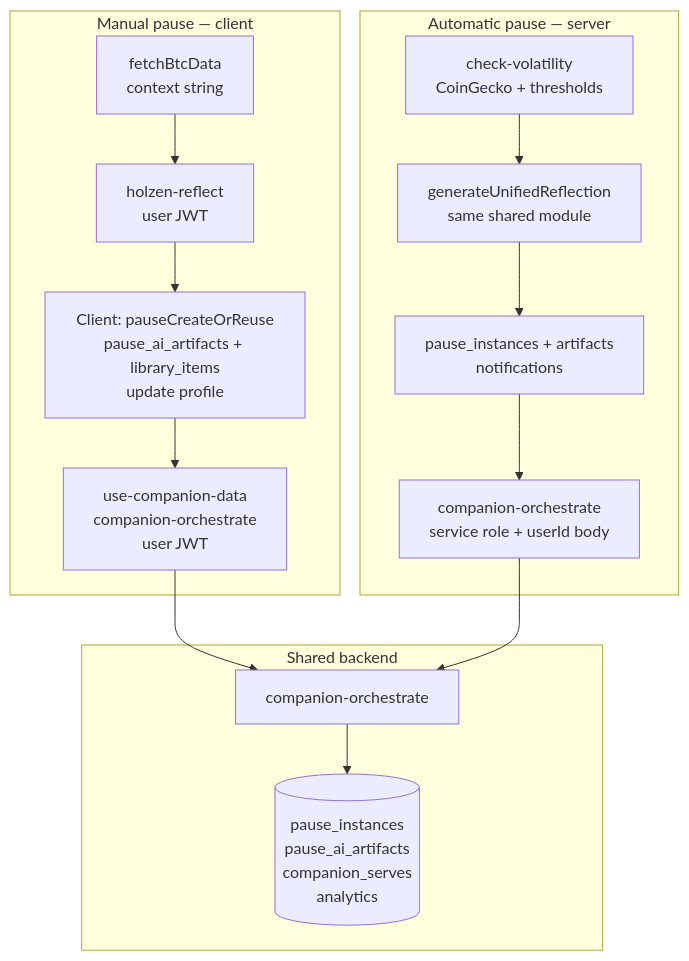
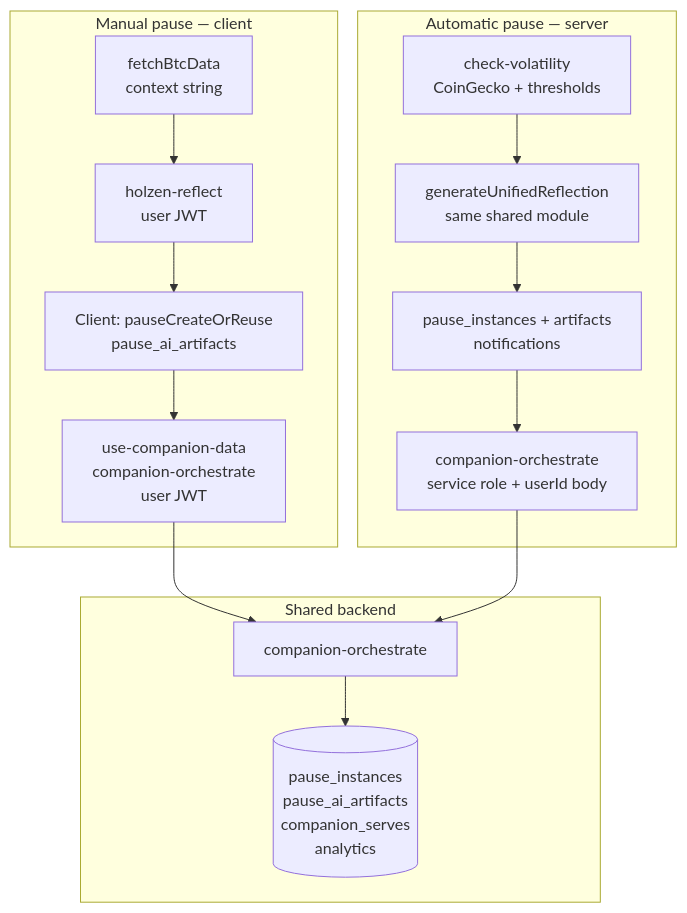
The second of 5 diagrams in docs/systems/pause/ai-powered-pause-system.md (Angelguirao/holzen), drawn with Mermaid before and after one commit. The commit also changed other lines of this file and 46 other files, not shown here.

First line of the commit message:
Remove library_items usage; fix cache-hit view migration; docs for Lovable migrations

````diff
--- a/docs/systems/pause/ai-powered-pause-system.md
+++ b/docs/systems/pause/ai-powered-pause-system.md
@@ -218,24 +218,24 @@
 ```mermaid
 flowchart TB
   subgraph MANUAL [Manual pause — client]
     BTC[fetchBtcData\ncontext string]
     HR[holzen-reflect\nuser JWT]
-    INS[Client: pauseCreateOrReuse\npause_ai_artifacts + library_items\nupdate profile]
+    INS[Client: pauseCreateOrReuse\npause_ai_artifacts]
     UCD[use-companion-data\ncompanion-orchestrate\nuser JWT]
     BTC --> HR --> INS --> UCD
   end
   subgraph AUTO [Automatic pause — server]
     CV[check-volatility\nCoinGecko + thresholds]
     GUR[generateUnifiedReflection\nsame shared module]
     INS2[pause_instances + artifacts\nnotifications]
     COS[companion-orchestrate\nservice role + userId body]
     CV --> GUR --> INS2 --> COS
   end
   subgraph SHARED [Shared backend]
     ORCH[companion-orchestrate]
     ROW[(pause_instances\npause_ai_artifacts\ncompanion_serves\nanalytics)]
   end
   UCD --> ORCH
   COS --> ORCH
   ORCH --> ROW
 ```
````
